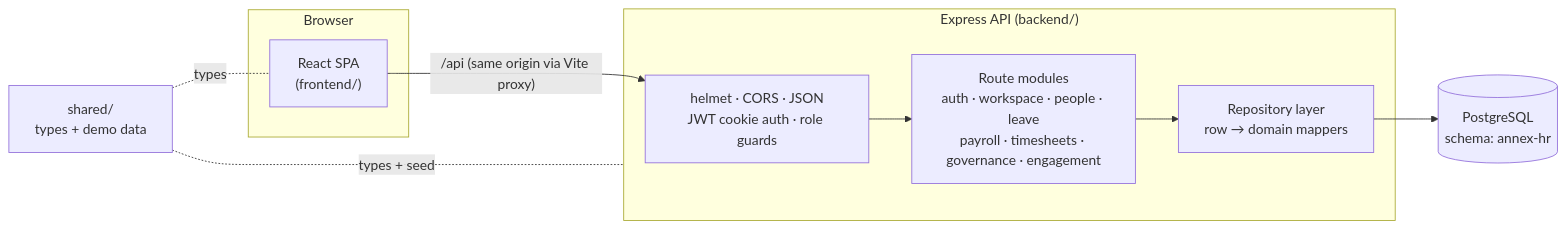
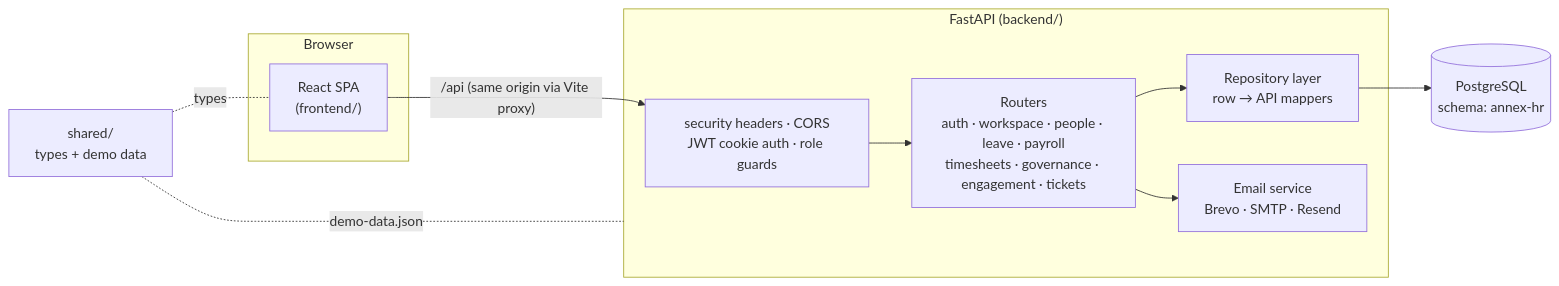
Before and after one commit to gregory-bot/annex-hr: the diagram in README.md, drawn with Mermaid. The commit also changed other lines of this file and 66 other files, not shown here.

````diff
--- a/README.md
+++ b/README.md
@@ -74,17 +75,19 @@
 ```mermaid
 flowchart LR
   subgraph Browser
     UI["React SPA<br/>(frontend/)"]
   end
-  subgraph API["Express API (backend/)"]
-    MW["helmet · CORS · JSON<br/>JWT cookie auth · role guards"]
-    R["Route modules<br/>auth · workspace · people · leave<br/>payroll · timesheets · governance · engagement"]
-    RP["Repository layer<br/>row → domain mappers"]
+  subgraph API["FastAPI (backend/)"]
+    MW["security headers · CORS<br/>JWT cookie auth · role guards"]
+    R["Routers<br/>auth · workspace · people · leave · payroll<br/>timesheets · governance · engagement · tickets"]
+    RP["Repository layer<br/>row → API mappers"]
+    EM["Email service<br/>Brevo · SMTP · Resend"]
   end
   DB[("PostgreSQL<br/>schema: annex-hr")]
   SH["shared/<br/>types + demo data"]
 
   UI -- "/api (same origin via Vite proxy)" --> MW --> R --> RP --> DB
+  R --> EM
   SH -. types .- UI
-  SH -. types + seed .- API
+  SH -. "demo-data.json" .- API
 ```
````
